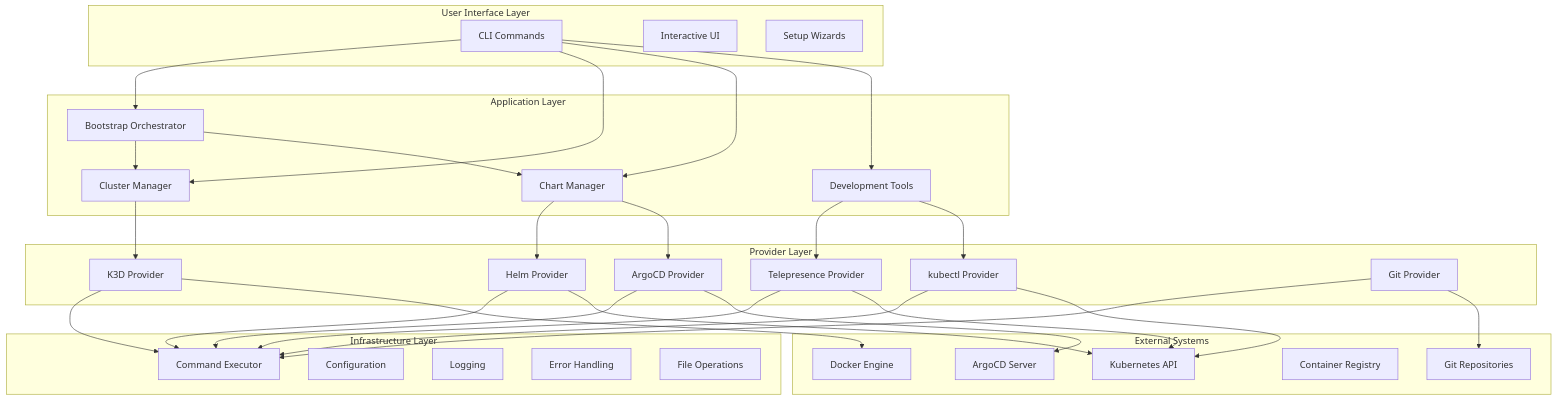
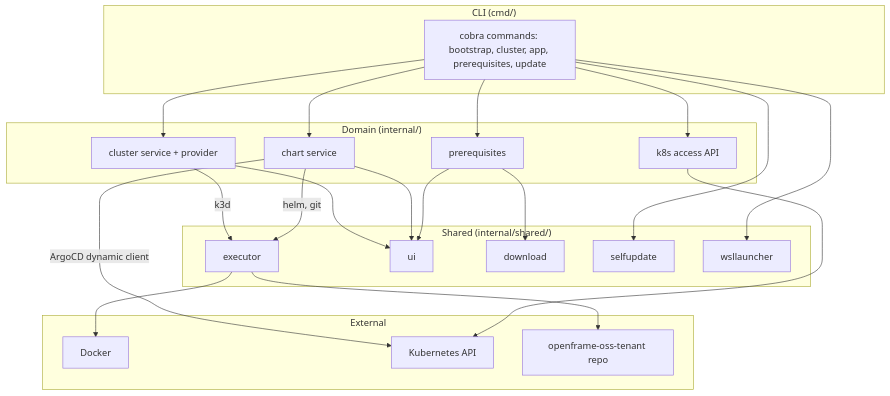
Before and after one commit to flamingo-stack/openframe-cli: the diagram in docs/development/architecture/README.md, drawn with Mermaid. The commit also changed other lines of this file and 15 other files, not shown here.

````diff
--- a/docs/development/architecture/README.md
+++ b/docs/development/architecture/README.md
@@ -9,67 +12,33 @@
 ```mermaid
 graph TB
-    subgraph "User Interface Layer"
-        CLI[CLI Commands]
-        UI[Interactive UI]
-        Wizard[Setup Wizards]
+    subgraph "CLI (cmd/)"
+        CLI[cobra commands: bootstrap, cluster, app, prerequisites, update]
     end
-    
-    subgraph "Application Layer"
-        Bootstrap[Bootstrap Orchestrator]
-        ClusterMgr[Cluster Manager]
-        ChartMgr[Chart Manager]
-        DevTools[Development Tools]
+    subgraph "Domain (internal/)"
+        ClusterSvc[cluster service + provider]
+        ChartSvc[chart service]
+        K8sAccess[k8s access API]
+        PrereqSvc[prerequisites]
     end
-    
-    subgraph "Provider Layer"
-        K3DProvider[K3D Provider]
-        HelmProvider[Helm Provider]
-        ArgoCDProvider[ArgoCD Provider]
-        TelepresenceProvider[Telepresence Provider]
-        KubectlProvider[kubectl Provider]
-        GitProvider[Git Provider]
+    subgraph "Shared (internal/shared/)"
+        Executor[executor]
+        UI[ui]
+        Download[download]
+        SelfUpdate[selfupdate]
+        WSL[wsllauncher]
     end
-    
-    subgraph "Infrastructure Layer"
-        Executor[Command Executor]
-        Config[Configuration]
-        Logger[Logging]
-        ErrorHandler[Error Handling]
-        FileSystem[File Operations]
+    subgraph "External"
+        Docker[Docker]
+        K8s[Kubernetes API]
+        Repo[openframe-oss-tenant repo]
     end
-    
-    subgraph "External Systems"
-        Docker[Docker Engine]
-        K8s[Kubernetes API]
-        Git[Git Repositories]
-        Registry[Container Registry]
-        ArgoCD[ArgoCD Server]
-    end
-    
-    CLI --> Bootstrap
-    CLI --> ClusterMgr
-    CLI --> ChartMgr
-    CLI --> DevTools
-    
-    Bootstrap --> ClusterMgr
-    Bootstrap --> ChartMgr
-    ClusterMgr --> K3DProvider
-    ChartMgr --> HelmProvider
-    ChartMgr --> ArgoCDProvider
-    DevTools --> TelepresenceProvider
-    DevTools --> KubectlProvider
-    
-    K3DProvider --> Executor
-    HelmProvider --> Executor
-    ArgoCDProvider --> Executor
-    TelepresenceProvider --> Executor
-    KubectlProvider --> Executor
-    GitProvider --> Executor
-    
-    K3DProvider --> Docker
-    HelmProvider --> K8s
-    ArgoCDProvider --> ArgoCD
-    TelepresenceProvider --> K8s
-    KubectlProvider --> K8s
-    GitProvider --> Git
+
+    CLI --> ClusterSvc & ChartSvc & K8sAccess & PrereqSvc
+    ClusterSvc -->|k3d| Executor --> Docker
+    ChartSvc -->|helm, git| Executor --> Repo
+    ChartSvc -->|ArgoCD dynamic client| K8s
+    K8sAccess --> K8s
+    CLI --> SelfUpdate & WSL
+    ClusterSvc & ChartSvc & PrereqSvc --> UI
+    PrereqSvc --> Download
 ```
````
